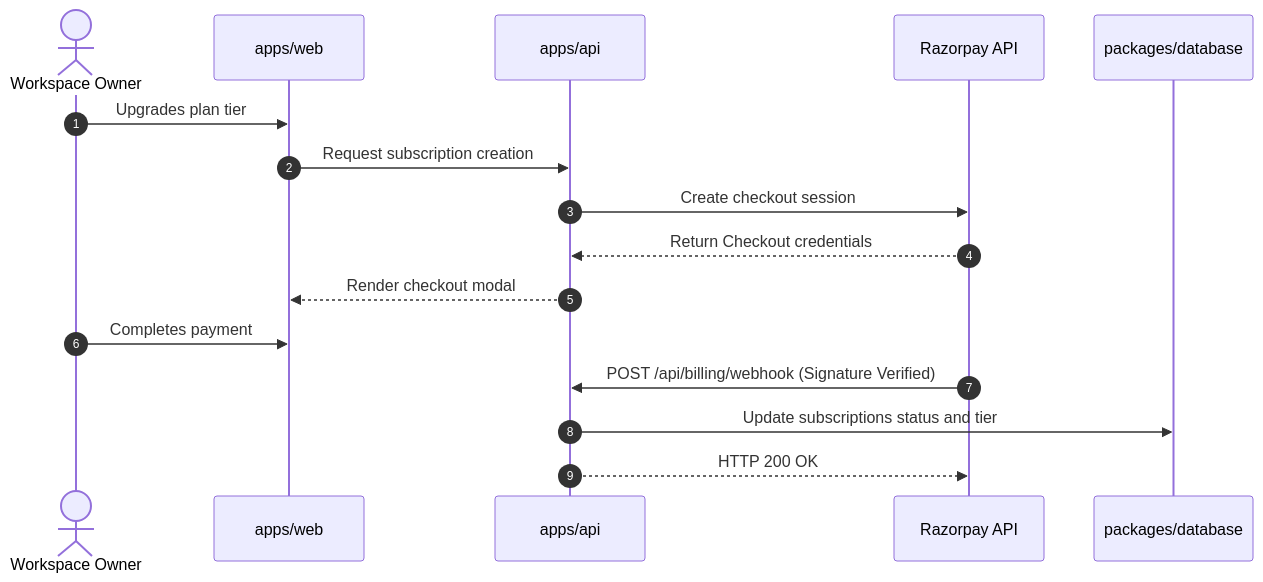
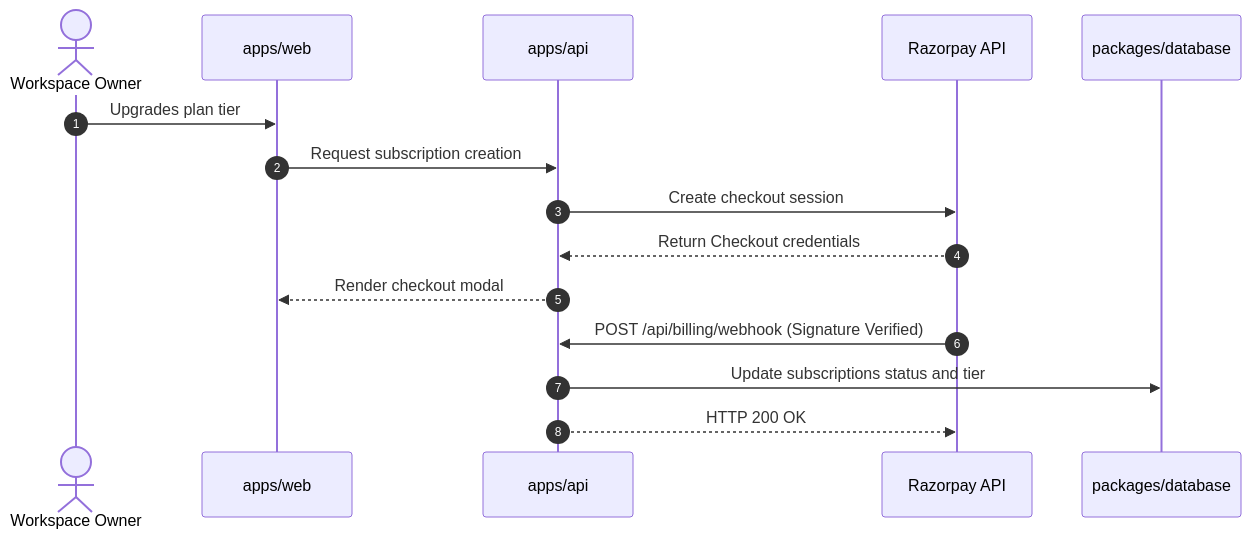
One commit to Satya7250/Launchly changed the fifth of 6 diagrams in docs/architecture.md. Above: the diagram before and after it, drawn with Mermaid. The commit also changed other lines of this file and 19 other files, not shown here.

Commit message:
feat: implement release approval system with new database schema, trpc routes, and UI components

````diff
--- a/docs/architecture.md
+++ b/docs/architecture.md
@@ -200,19 +200,18 @@
 ```mermaid
 sequenceDiagram
     autonumber
     actor Admin as Workspace Owner
     participant Web as apps/web
     participant API as apps/api
     participant RP as Razorpay API
     participant DB as packages/database
 
     Admin->>Web: Upgrades plan tier
     Web->>API: Request subscription creation
     API->>RP: Create checkout session
     RP-->>API: Return Checkout credentials
     API-->>Web: Render checkout modal
-    Admin->>Web: Completes payment
     RP->>API: POST /api/billing/webhook (Signature Verified)
     API->>DB: Update subscriptions status and tier
     API-->>RP: HTTP 200 OK
 ```
````
